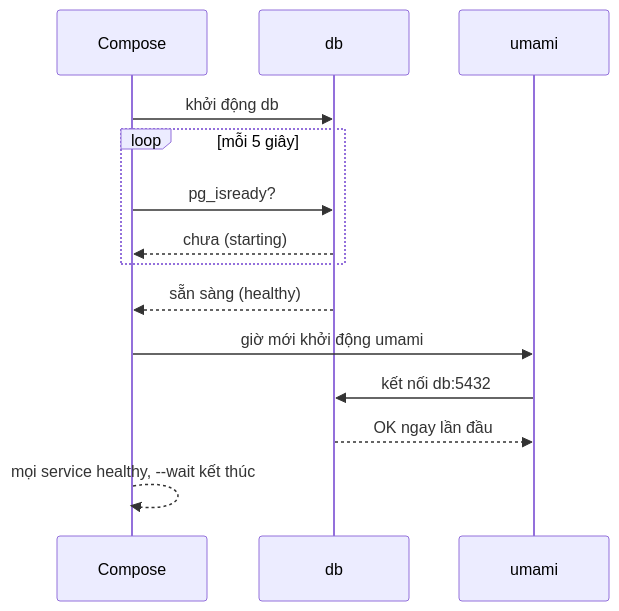
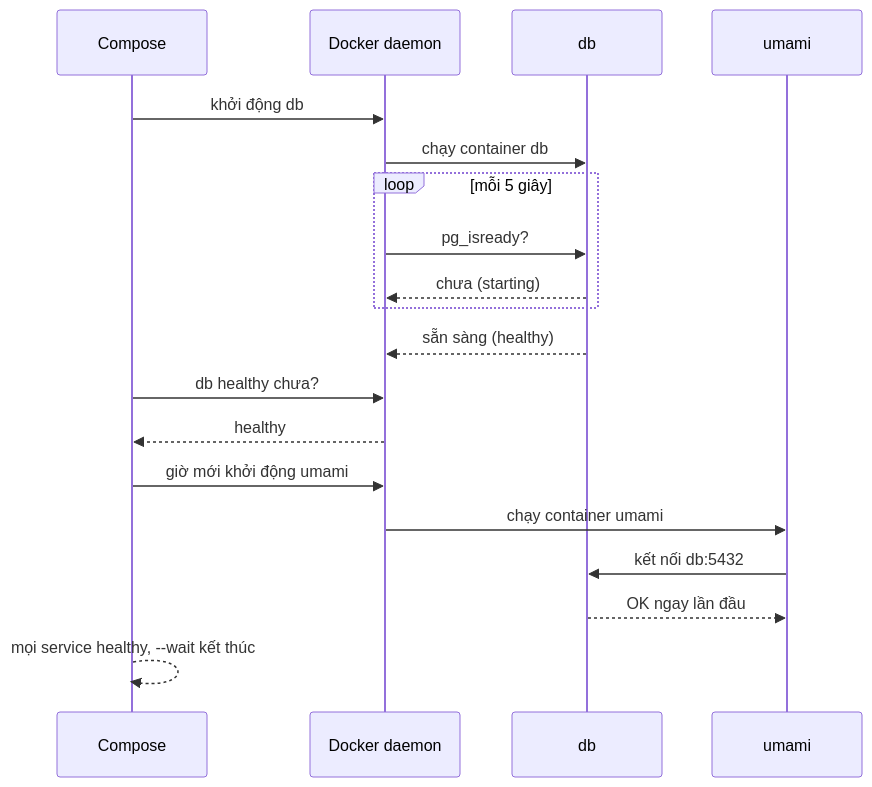
One commit to hcmute-dsc/learning-hub-track-docker-basics changed the second of 2 diagrams in tracks/docker-basics/modules/06-compose-in-practice/lessons/02-healthcheck.md. Above: the diagram before and after it, drawn with Mermaid. The commit also changed other lines of this file and 28 other files, not shown here.

````diff
--- a/tracks/docker-basics/modules/06-compose-in-practice/lessons/02-healthcheck.md
+++ b/tracks/docker-basics/modules/06-compose-in-practice/lessons/02-healthcheck.md
@@ -164,16 +164,21 @@
 ```mermaid
 sequenceDiagram
   participant C as Compose
+  participant K as Docker daemon
   participant D as db
   participant U as umami
-  C->>D: khởi động db
+  C->>K: khởi động db
+  K->>D: chạy container db
   loop mỗi 5 giây
-    C->>D: pg_isready?
-    D-->>C: chưa (starting)
+    K->>D: pg_isready?
+    D-->>K: chưa (starting)
   end
-  D-->>C: sẵn sàng (healthy)
-  C->>U: giờ mới khởi động umami
+  D-->>K: sẵn sàng (healthy)
+  C->>K: db healthy chưa?
+  K-->>C: healthy
+  C->>K: giờ mới khởi động umami
+  K->>U: chạy container umami
   U->>D: kết nối db:5432
   D-->>U: OK ngay lần đầu
   C-->>C: mọi service healthy, --wait kết thúc
 ```
````
